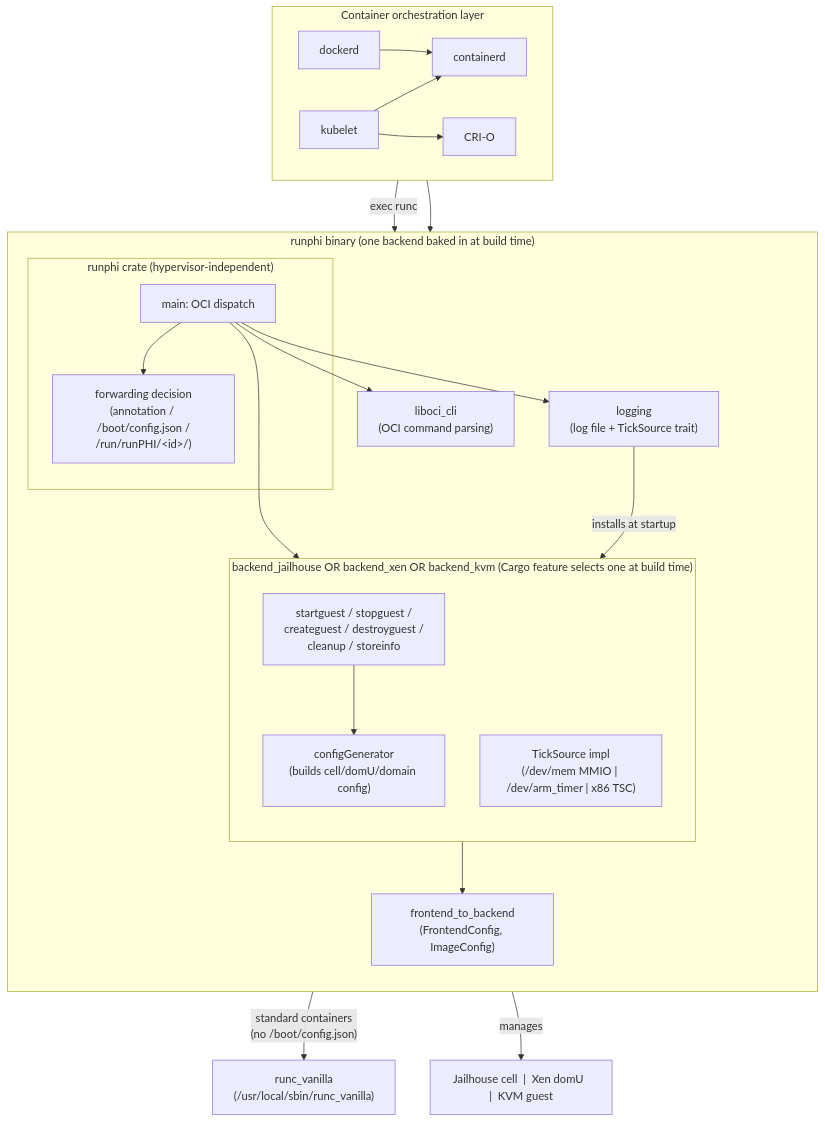
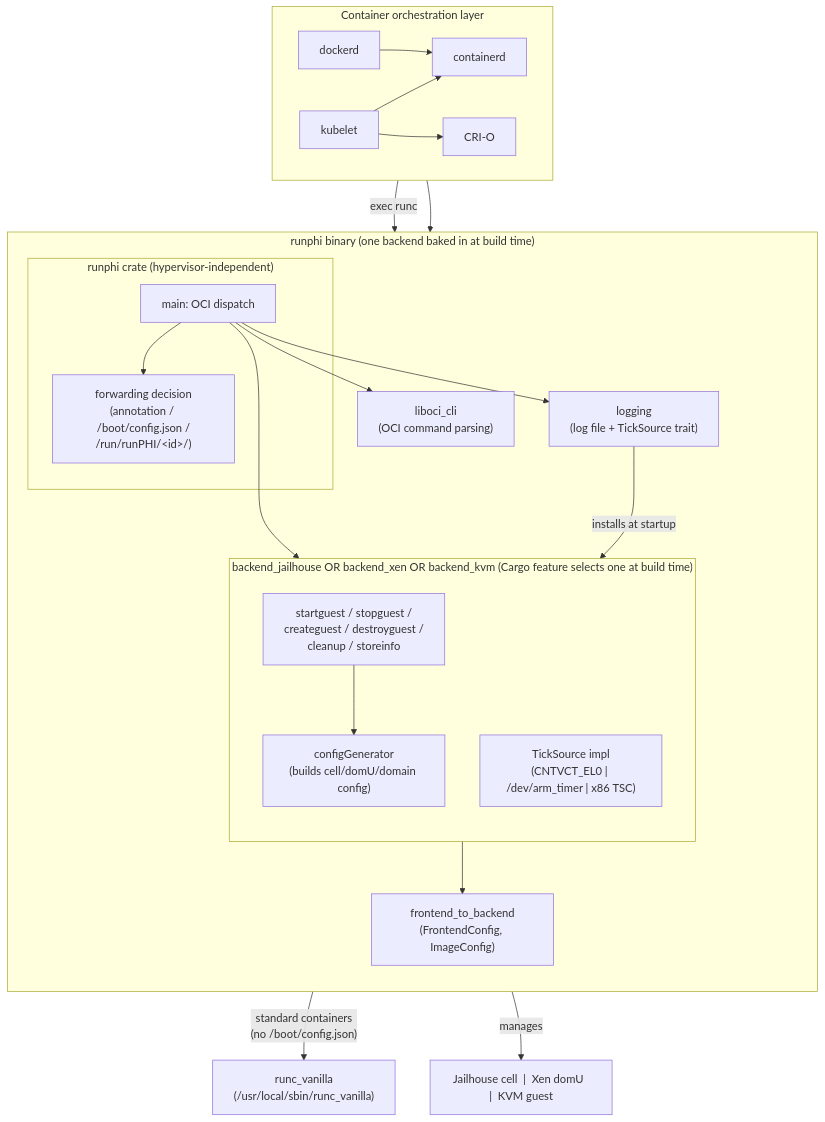
One commit to runphi/runphi_manager changed the diagram in doc/README.md. Above: the diagram before and after it, drawn with Mermaid. The commit also changed other lines of this file and 9 other files, not shown here.

````diff
--- a/doc/README.md
+++ b/doc/README.md
@@ -7,54 +7,54 @@
 ```mermaid
 flowchart TB
     %% Upper orchestration layer
     subgraph upper["Container orchestration layer"]
         direction LR
         kubelet
         dockerd
         containerd
         CRIO["CRI-O"]
     end
 
     %% runphi binary
     subgraph runphi_bin["runphi binary (one backend baked in at build time)"]
         direction TB
         
         subgraph runphi_crate["runphi crate (hypervisor-independent)"]
             main["main: OCI dispatch"]
             forwarding["forwarding decision<br/>(annotation / /boot/config.json /<br/>/run/runPHI/&lt;id&gt;/)"]
         end
         
         oci["liboci_cli<br/>(OCI command parsing)"]
         f2b["frontend_to_backend<br/>(FrontendConfig, ImageConfig)"]
         logging["logging<br/>(log file + TickSource trait)"]
         
         subgraph active_backend["backend_jailhouse OR backend_xen OR backend_kvm (Cargo feature selects one at build time)"]
             direction TB
             backend_api["startguest / stopguest /<br/>createguest / destroyguest /<br/>cleanup / storeinfo"]
             configGenerator["configGenerator<br/>(builds cell/domU/domain config)"]
-            tick_source["TickSource impl<br/>(/dev/mem MMIO | /dev/arm_timer | x86 TSC)"]
+            tick_source["TickSource impl<br/>(CNTVCT_EL0 | /dev/arm_timer | x86 TSC)"]
         end
     end
 
     %% Below runphi
     runc["runc_vanilla<br/>(/usr/local/sbin/runc_vanilla)"]
     hypervisor["Jailhouse cell  |  Xen domU  |  KVM guest"]
 
     %% Connections
     kubelet --> containerd
     kubelet --> CRIO
     dockerd --> containerd
     containerd -- "exec runc" --> main
     CRIO --> main
 
     main --> oci
     main --> forwarding
     main --> backend_api
     main --> logging
     backend_api --> f2b
     backend_api --> configGenerator
     logging -- "installs at startup" --> tick_source
 
     forwarding -- "standard containers<br/>(no /boot/config.json)" --> runc
     backend_api -- "manages" --> hypervisor
 ```
````
